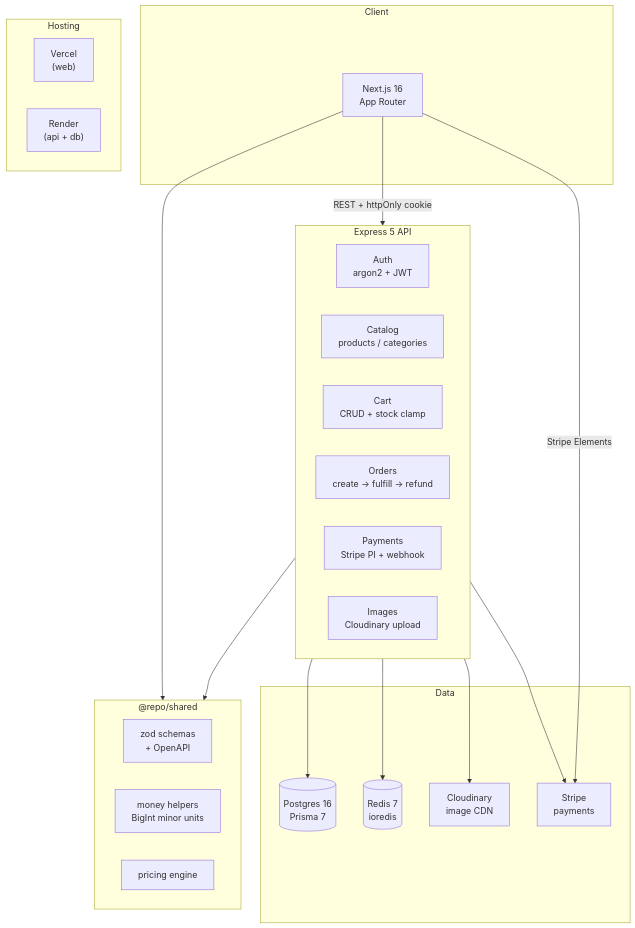
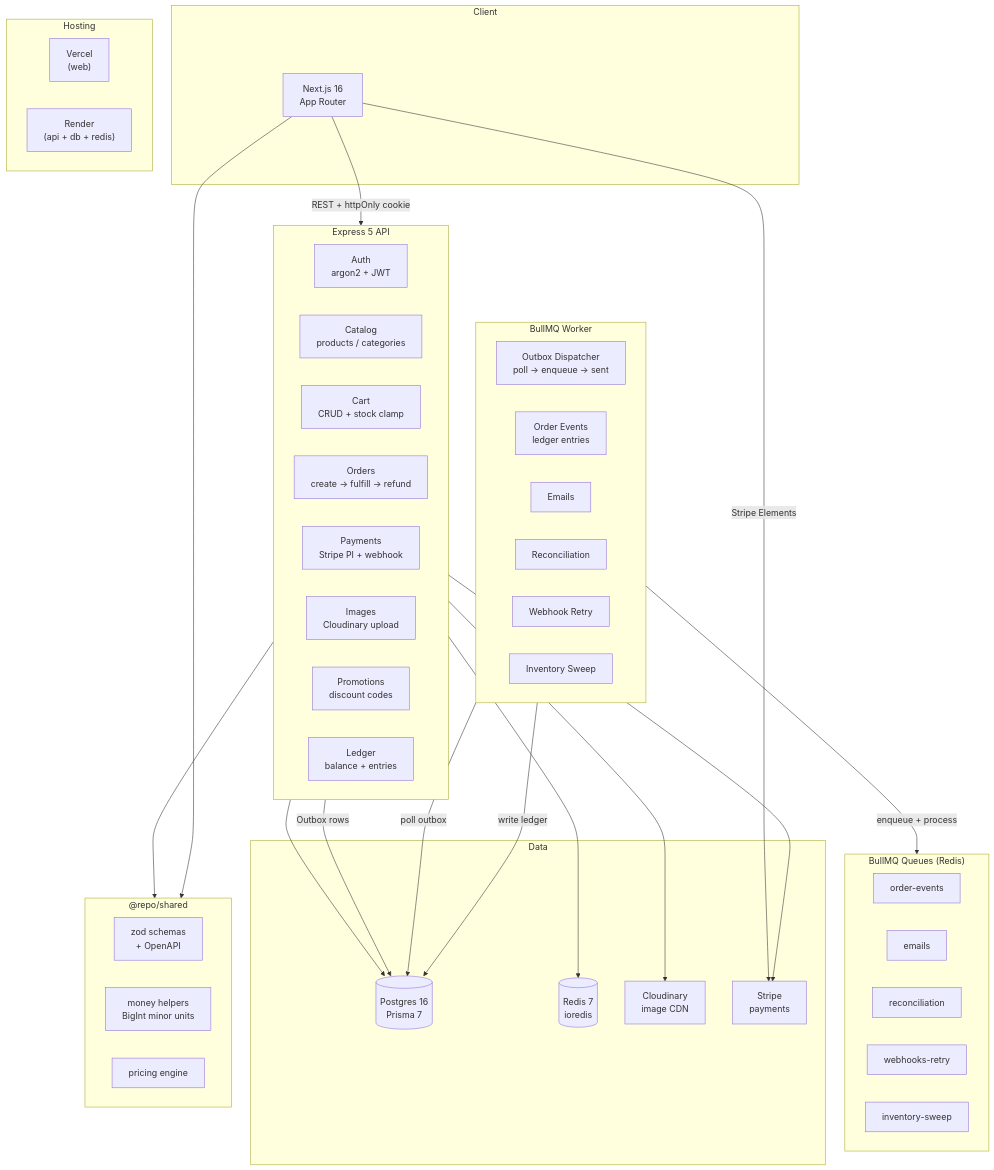
The diagram in README.md (daminace325/kartit), drawn with Mermaid before and after one commit. The commit also changed other lines of this file, not shown here.

````diff
--- a/README.md
+++ b/README.md
@@ -7,42 +7,65 @@
 ```mermaid
 graph TD
     subgraph Client
         Web["Next.js 16<br/>App Router"]
     end
 
     subgraph Hosting
         Vercel["Vercel<br/>(web)"]
-        Render["Render<br/>(api + db)"]
+        Render["Render<br/>(api + db + redis)"]
     end
 
     subgraph API["Express 5 API"]
         Auth["Auth<br/>argon2 + JWT"]
         Catalog["Catalog<br/>products / categories"]
         Cart["Cart<br/>CRUD + stock clamp"]
         Orders["Orders<br/>create → fulfill → refund"]
         Payments["Payments<br/>Stripe PI + webhook"]
         Images["Images<br/>Cloudinary upload"]
+        Promotions["Promotions<br/>discount codes"]
+        LedgerAPI["Ledger<br/>balance + entries"]
+    end
+
+    subgraph Worker["BullMQ Worker"]
+        OutboxDisp["Outbox Dispatcher<br/>poll → enqueue → sent"]
+        OrderWorker["Order Events<br/>ledger entries"]
+        EmailWorker["Emails"]
+        ReconWorker["Reconciliation"]
+        WebhookRetry["Webhook Retry"]
+        InventorySweep["Inventory Sweep"]
+    end
+
+    subgraph Queues["BullMQ Queues (Redis)"]
+        Q1["order-events"]
+        Q2["emails"]
+        Q3["reconciliation"]
+        Q4["webhooks-retry"]
+        Q5["inventory-sweep"]
     end
 
     subgraph Data
         PG[("Postgres 16<br/>Prisma 7")]
         Redis[("Redis 7<br/>ioredis")]
         Cloudinary["Cloudinary<br/>image CDN"]
         Stripe["Stripe<br/>payments"]
     end
 
     subgraph Shared["@repo/shared"]
         Schemas["zod schemas<br/>+ OpenAPI"]
         Money["money helpers<br/>BigInt minor units"]
         Pricing["pricing engine"]
     end
 
     Web -->|"REST + httpOnly cookie"| API
     Web -->|"Stripe Elements"| Stripe
     API --> PG
     API --> Redis
     API --> Cloudinary
     API --> Stripe
     API --> Shared
+    API -->|"Outbox rows"| PG
+    Worker -->|"poll outbox"| PG
+    Worker -->|"enqueue + process"| Queues
+    Worker -->|"write ledger"| PG
     Web --> Shared
 ```
````
